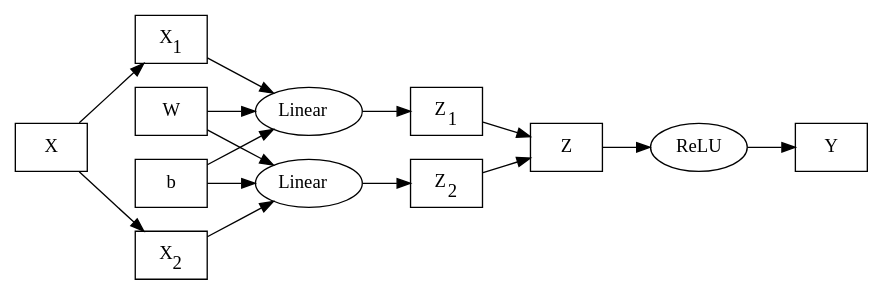
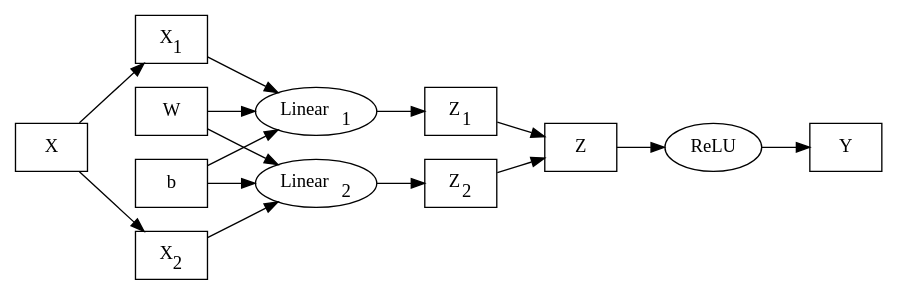
The second of 52 diagrams in source/Tapestry/index.md (crutcher/crutcher.github.io-source), drawn with Graphviz before and after one commit. The commit also changed other lines of this file, not shown here.

````diff
--- a/source/Tapestry/index.md
+++ b/source/Tapestry/index.md
@@ -408,33 +408,33 @@
 ```graphviz
 digraph D {
     rankdir=LR;
     X, W, b, Z, Y [shape=box];
     
     X_1 [label=<X<sub>1</sub>>, shape=box];
     X_2 [label=<X<sub>2</sub>>, shape=box];
     
-    Linear_1 [label=<Linear>];
-    Linear_2 [label=<Linear>];
+    Linear_1 [label=<Linear<sub>1</sub>>];
+    Linear_2 [label=<Linear<sub>2</sub>>];
     Z_1 [label=<Z<sub>1</sub>>, shape=box];
     Z_2 [label=<Z<sub>2</sub>>, shape=box];
     
     X -> X_1;
     X -> X_2;
     
     X_1 -> Linear_1;
     W -> Linear_1;
     b -> Linear_1;
     Linear_1 -> Z_1;
     
     X_2 -> Linear_2;
     W -> Linear_2;
     b -> Linear_2;
     Linear_2 -> Z_2;
     
     Z_1 -> Z;
     Z_2 -> Z;
     
     Z -> ReLU;
     ReLU -> Y;
 }
 ```
````
